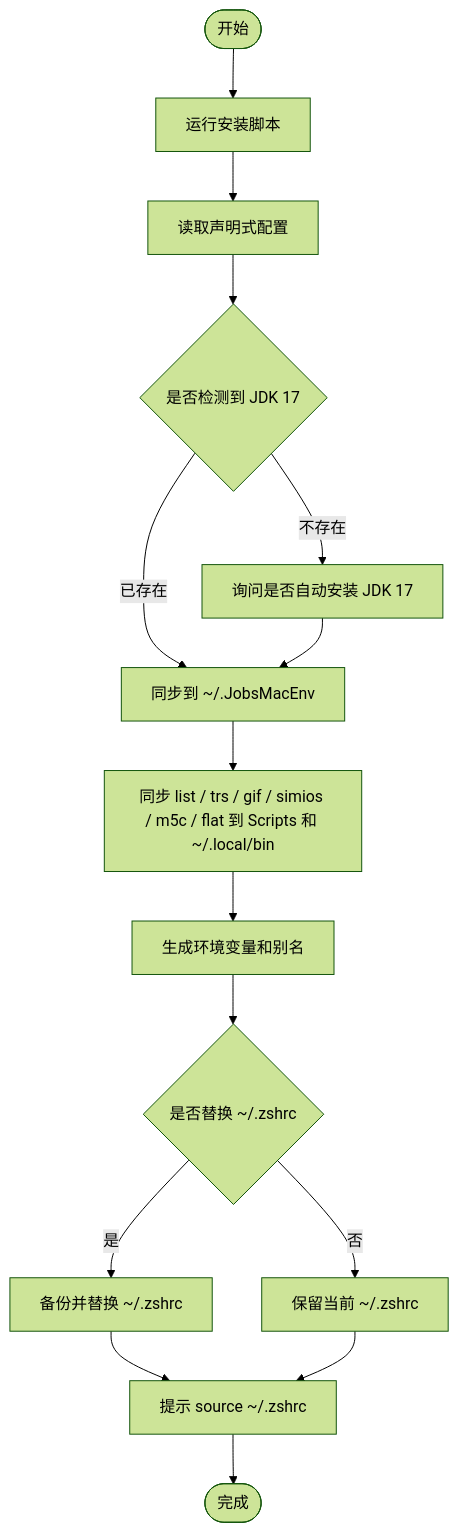
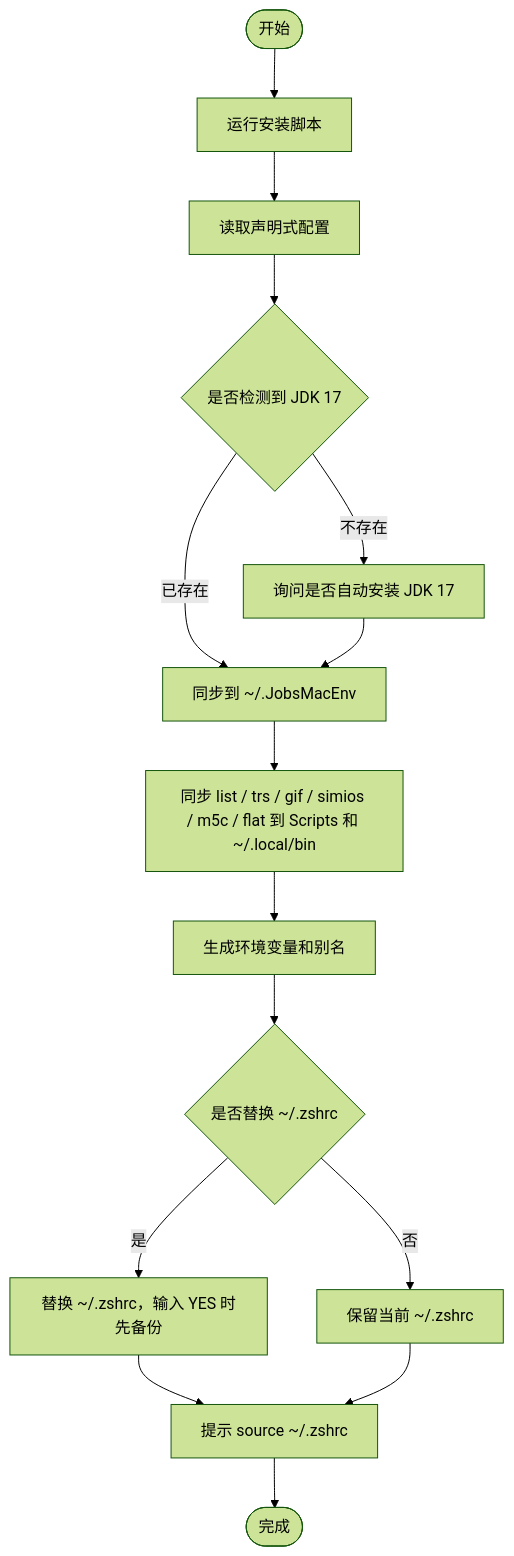
The diagram in README.md (JobsKits/JobsMacEnvVarConfigs), drawn with Mermaid (forest theme) before and after one commit. The commit also changed other lines of this file and 5 other files, not shown here.

````diff
--- a/README.md
+++ b/README.md
@@ -247,24 +255,24 @@
 ```mermaid
 flowchart TD
     A([开始])
     B[运行安装脚本]
     C[读取声明式配置]
     D{是否检测到 JDK 17}
     E[询问是否自动安装 JDK 17]
     F[同步到 ~/.JobsMacEnv]
     T[同步 list / trs / gif / simios / m5c / flat 到 Scripts 和 ~/.local/bin]
     G[生成环境变量和别名]
     H{是否替换 ~/.zshrc}
-    I[备份并替换 ~/.zshrc]
+    I[替换 ~/.zshrc，输入 YES 时先备份]
     J[保留当前 ~/.zshrc]
     K[提示 source ~/.zshrc]
     L([完成])
 
     A --> B --> C --> D
     D -- 已存在 --> F
     D -- 不存在 --> E --> F
     F --> T --> G --> H
     H -- 是 --> I --> K
     H -- 否 --> J --> K
     K --> L
 ```
````
